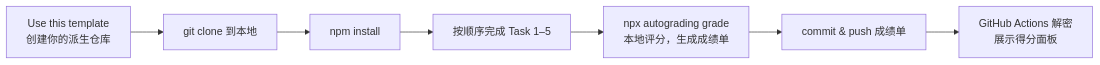
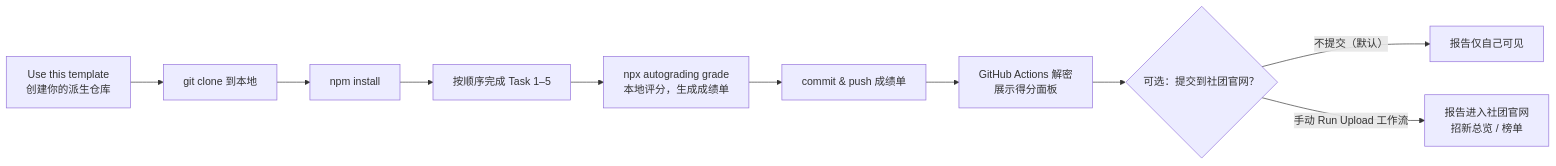
The diagram in README.md (Boyuan-Autograder/interview-autograding-template), drawn with Mermaid before and after one commit. The commit also changed other lines of this file and 3 other files, not shown here.

````diff
--- a/README.md
+++ b/README.md
@@ -13,9 +13,12 @@
 ```mermaid
 graph LR
     A["Use this template<br/>创建你的派生仓库"] --> B["git clone 到本地"]
     B --> C["npm install"]
     C --> D["按顺序完成 Task 1–5"]
     D --> E["npx autograding grade<br/>本地评分，生成成绩单"]
     E --> G["commit & push 成绩单"]
     G --> H["GitHub Actions 解密<br/>展示得分面板"]
+    H --> I{"可选：提交到社团官网？"}
+    I -- "不提交（默认）" --> J["报告仅自己可见"]
+    I -- "手动 Run Upload 工作流" --> K["报告进入社团官网<br/>招新总览 / 榜单"]
 ```
````
